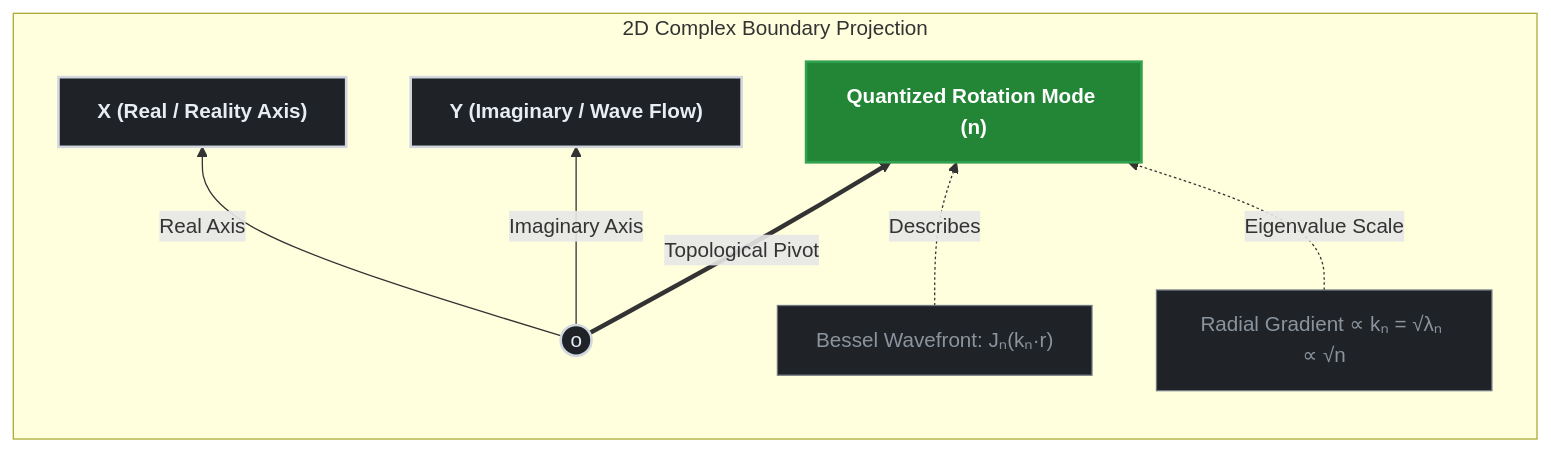
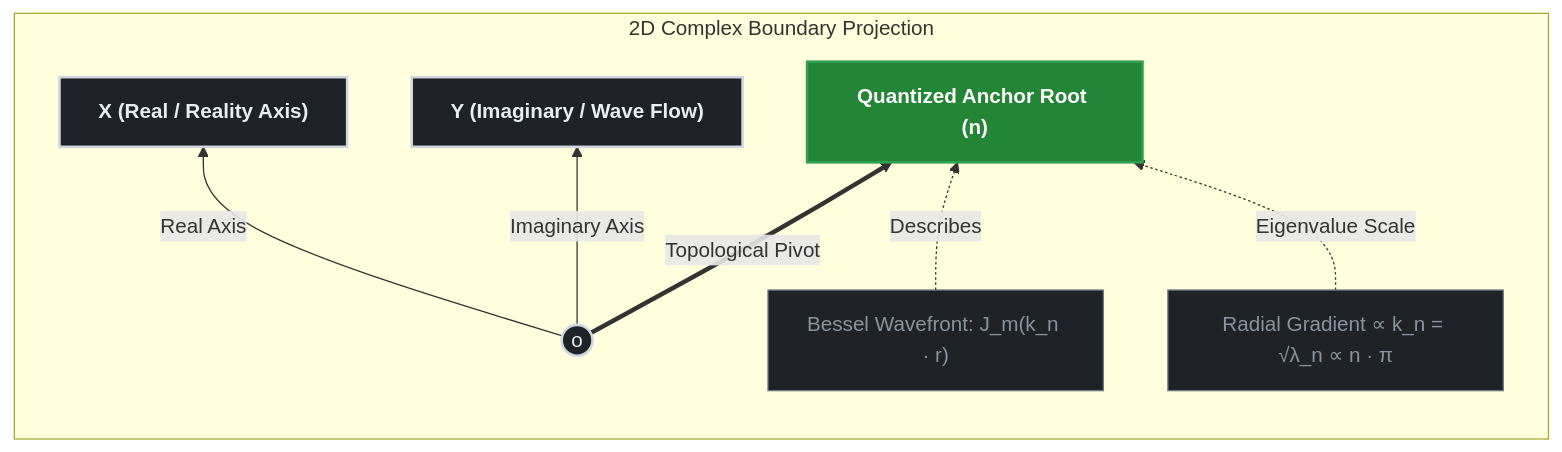
Before and after one commit to PJHkorea/time-density-tension: the diagram in docs/01_spatial_scaling.md, drawn with Mermaid. The commit also changed other lines of this file, not shown here.

````diff
--- a/docs/01_spatial_scaling.md
+++ b/docs/01_spatial_scaling.md
@@ -58,35 +64,35 @@
 ```mermaid
 graph TD
     %% Global Design Settings
     classDef axis fill:#1f2328,stroke:#d0d7de,stroke-width:2px,color:#e6edf3;
     classDef vector fill:#238636,stroke:#30a14e,stroke-width:2px,color:#ffffff;
     classDef note fill:#1f2328,stroke:#6e7681,stroke-style:dashed,color:#8b949e;
 
     subgraph Geometry [2D Complex Boundary Projection]
         direction BT
         
         %% Coordinate Axes
         Origin((o))
         X["<b>X (Real / Reality Axis)</b>"]
         Y["<b>Y (Imaginary / Wave Flow)</b>"]
         
         %% Quantized Mode and Waves
-        Vector["<b>Quantized Rotation Mode (n)</b>"]
-        Bessel["Bessel Wavefront: Jₙ(kₙ·r)"]
-        Gradient["Radial Gradient ∝ kₙ = √λₙ ∝ √n"]
+        Vector["<b>Quantized Anchor Root (n)</b>"]
+        Bessel["Bessel Wavefront: J_m(k_n · r)"]
+        Gradient["Radial Gradient ∝ k_n = √λ_n ∝ n · π"]
 
         %% Connections for 2D Plane representation
         Origin -->|Real Axis| X
         Origin -->|Imaginary Axis| Y
         Origin ==>|Topological Pivot| Vector
         
         %% Label Links
         Bessel -.->|Describes| Vector
         Gradient -.->|Eigenvalue Scale| Vector
     end
 
     %% Apply Styles
     class Origin,X,Y axis;
     class Vector vector;
     class Bessel,Gradient note;
 ```
````
